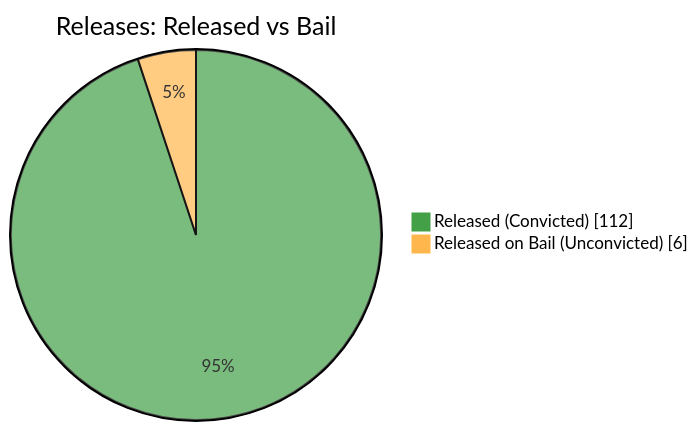
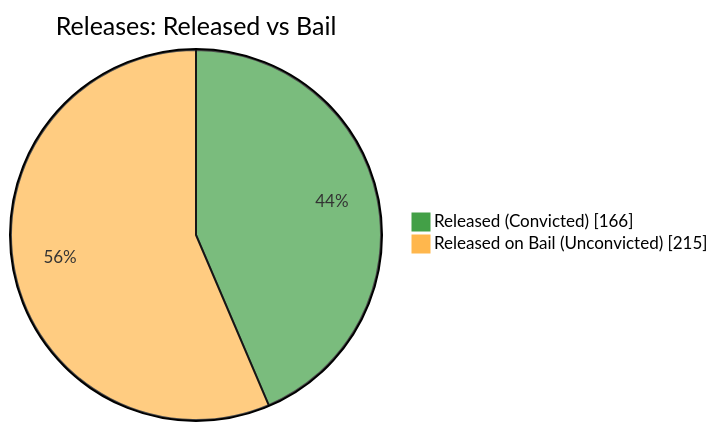
Before and after one commit to nuuuwan/lk_prisons: the fifth of 7 diagrams in README.md, drawn with Mermaid. The commit also changed other lines of this file and 1 other file, not shown here.

````diff
--- a/README.md
+++ b/README.md
@@ -87,6 +87,6 @@
 ```mermaid
 %%{init: {'themeVariables': {'pie1': '#43A047', 'pie2': '#FFB74D'}}}%%
 pie showData title Releases: Released vs Bail
-    "Released (Convicted)" : 112
-    "Released on Bail (Unconvicted)" : 6
+    "Released (Convicted)" : 166
+    "Released on Bail (Unconvicted)" : 215
 ```
````
